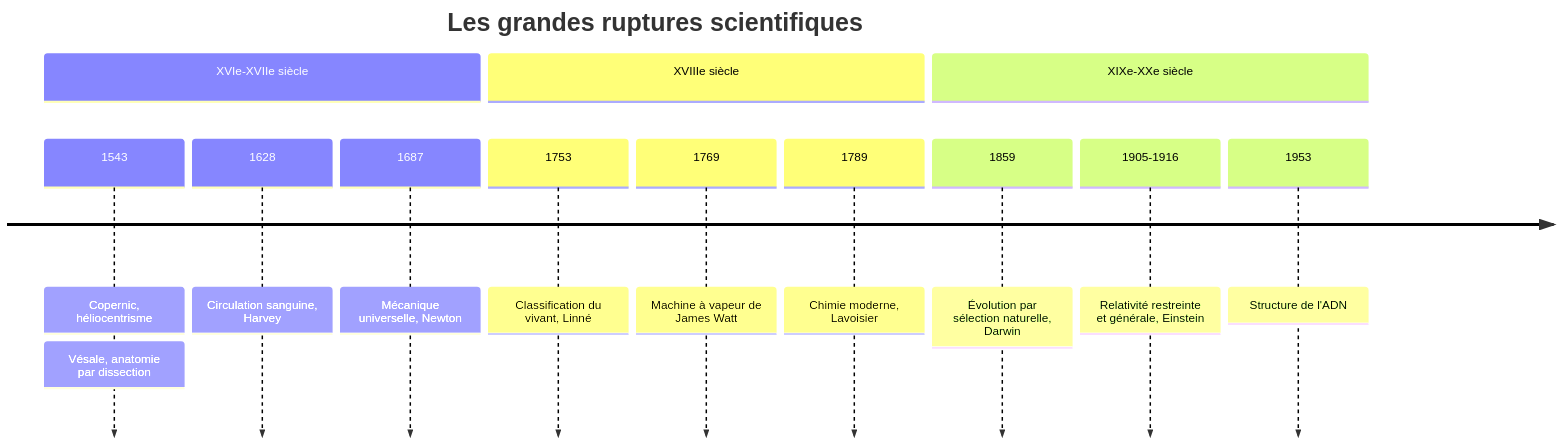
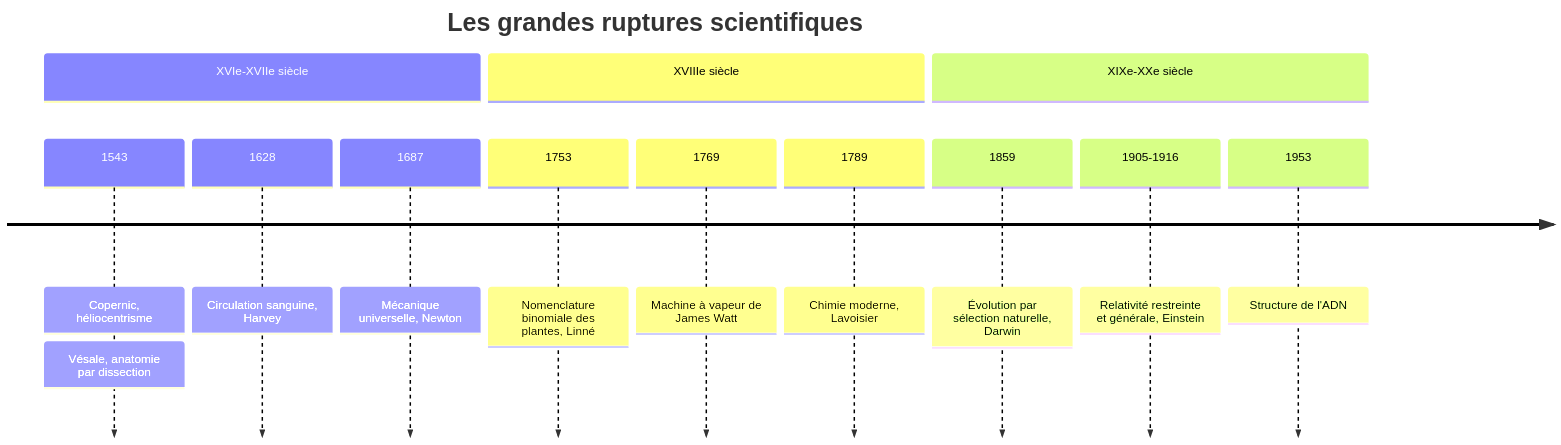
Before and after one commit to rwmicro/pensine: the diagram in Social Sciences/History/La Révolution Scientifique.md, drawn with Mermaid. The commit also changed 9 other files, not shown here.

````diff
--- a/Social Sciences/History/La Révolution Scientifique.md
+++ b/Social Sciences/History/La Révolution Scientifique.md
@@ -21,16 +21,16 @@
 ```mermaid
 timeline
     title Les grandes ruptures scientifiques
     section XVIe-XVIIe siècle
         1543 : Copernic, héliocentrisme : Vésale, anatomie par dissection
         1628 : Circulation sanguine, Harvey
         1687 : Mécanique universelle, Newton
     section XVIIIe siècle
-        1753 : Classification du vivant, Linné
+        1753 : Nomenclature binomiale des plantes, Linné
         1769 : Machine à vapeur de James Watt
         1789 : Chimie moderne, Lavoisier
     section XIXe-XXe siècle
         1859 : Évolution par sélection naturelle, Darwin
         1905-1916 : Relativité restreinte et générale, Einstein
         1953 : Structure de l'ADN
 ```
````
